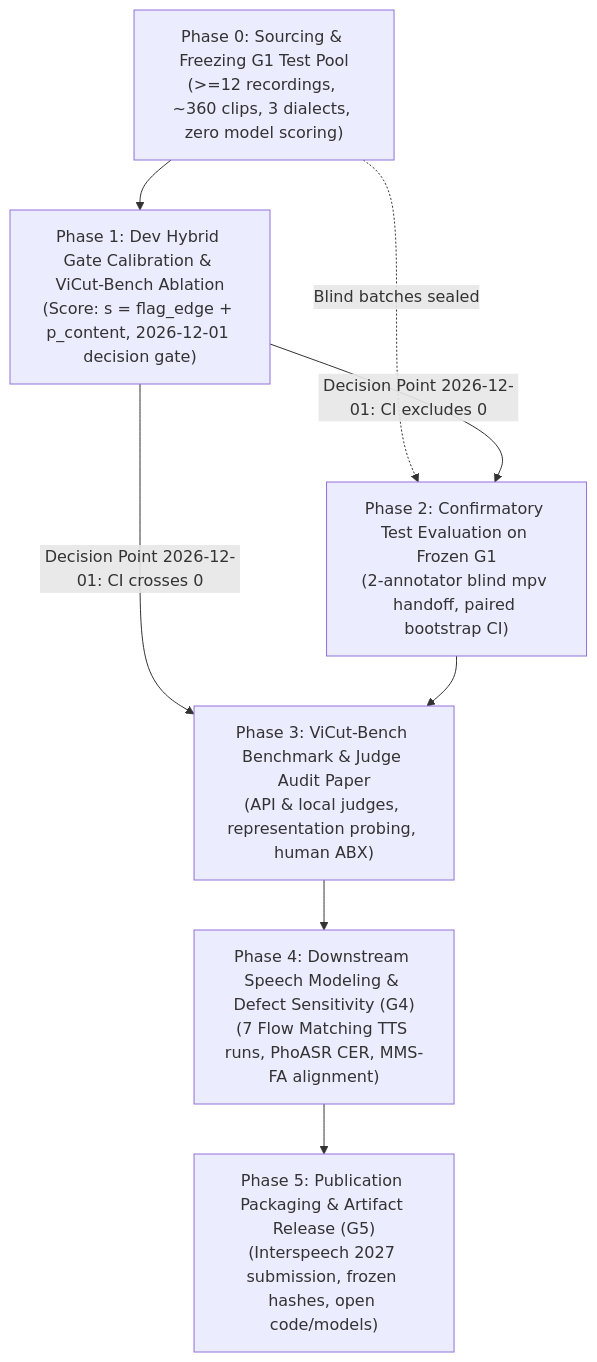
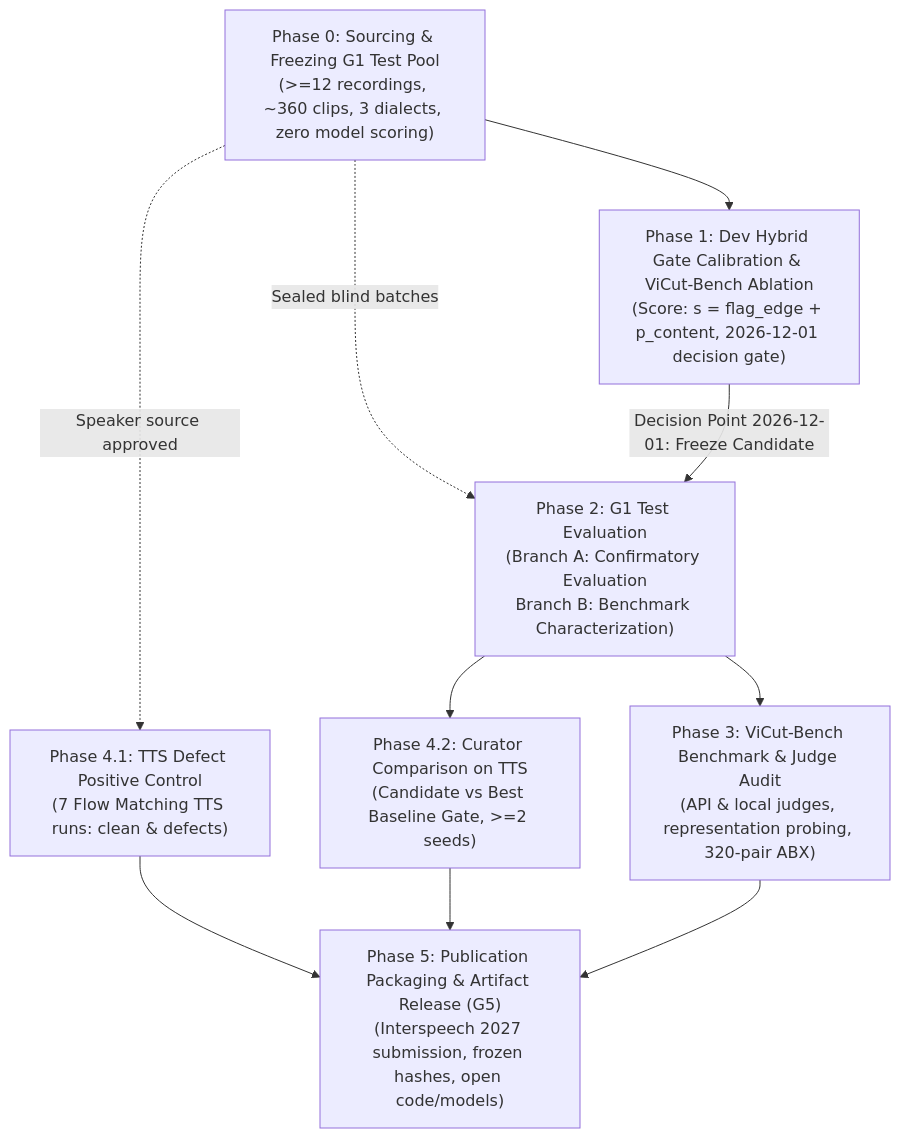
One commit to tungnguyenlam/audio-prepare-pipeline-redo changed the diagram in PLAN.md. Above: the diagram before and after it, drawn with Mermaid. The commit also changed other lines of this file, not shown here.

````diff
--- a/PLAN.md
+++ b/PLAN.md
@@ -16,10 +16,12 @@
 ```mermaid
 flowchart TD
     P0["Phase 0: Sourcing & Freezing G1 Test Pool\n(>=12 recordings, ~360 clips, 3 dialects, zero model scoring)"] --> P1["Phase 1: Dev Hybrid Gate Calibration & ViCut-Bench Ablation\n(Score: s = flag_edge + p_content, 2026-12-01 decision gate)"]
-    P0 -.->|Blind batches sealed| P2["Phase 2: Confirmatory Test Evaluation on Frozen G1\n(2-annotator blind mpv handoff, paired bootstrap CI)"]
-    P1 -->|Decision Point 2026-12-01: CI excludes 0| P2
-    P1 -->|Decision Point 2026-12-01: CI crosses 0| P3["Phase 3: ViCut-Bench Benchmark & Judge Audit Paper\n(API & local judges, representation probing, human ABX)"]
-    P2 --> P3
-    P3 --> P4["Phase 4: Downstream Speech Modeling & Defect Sensitivity (G4)\n(7 Flow Matching TTS runs, PhoASR CER, MMS-FA alignment)"]
-    P4 --> P5["Phase 5: Publication Packaging & Artifact Release (G5)\n(Interspeech 2027 submission, frozen hashes, open code/models)"]
+    P0 -.->|Sealed blind batches| P2["Phase 2: G1 Test Evaluation\n(Branch A: Confirmatory Evaluation\nBranch B: Benchmark Characterization)"]
+    P1 -->|Decision Point 2026-12-01: Freeze Candidate| P2
+    P2 --> P3["Phase 3: ViCut-Bench Benchmark & Judge Audit\n(API & local judges, representation probing, 320-pair ABX)"]
+    P0 -.->|Speaker source approved| P4A["Phase 4.1: TTS Defect Positive Control\n(7 Flow Matching TTS runs: clean & defects)"]
+    P2 --> P4B["Phase 4.2: Curator Comparison on TTS\n(Candidate vs Best Baseline Gate, >=2 seeds)"]
+    P4A --> P5["Phase 5: Publication Packaging & Artifact Release (G5)\n(Interspeech 2027 submission, frozen hashes, open code/models)"]
+    P4B --> P5
+    P3 --> P5
 ```
````
